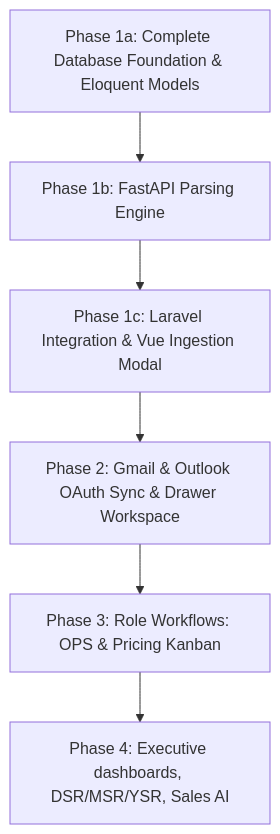
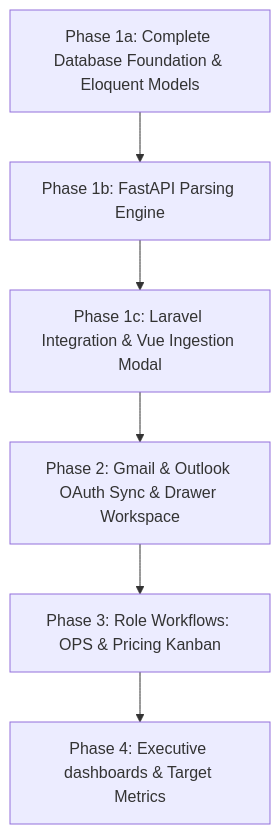
Before and after one commit to joseph42nite/f16sefreight: the first of 5 diagrams in future_plan.md, drawn with Mermaid. The commit also changed other lines of this file and 42 other files, not shown here.

````diff
--- a/future_plan.md
+++ b/future_plan.md
@@ -147,8 +132,8 @@
 ```mermaid
 graph TD
     P1a[Phase 1a: Complete Database Foundation & Eloquent Models] --> P1b[Phase 1b: FastAPI Parsing Engine]
     P1b --> P1c[Phase 1c: Laravel Integration & Vue Ingestion Modal]
     P1c --> P2[Phase 2: Gmail & Outlook OAuth Sync & Drawer Workspace]
     P2 --> P3[Phase 3: Role Workflows: OPS & Pricing Kanban]
-    P3 --> P4[Phase 4: Executive dashboards, DSR/MSR/YSR, Sales AI]
+    P3 --> P4[Phase 4: Executive dashboards & Target Metrics]
 ```
````
